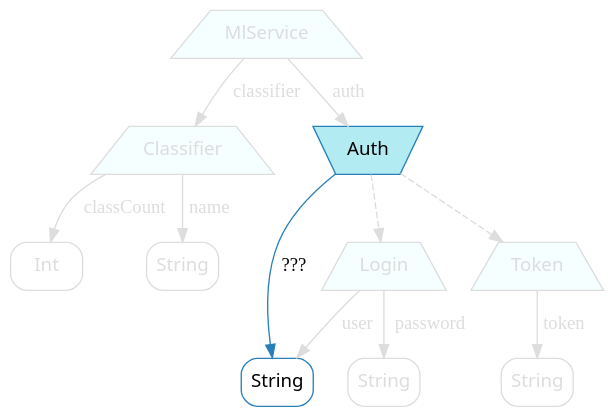
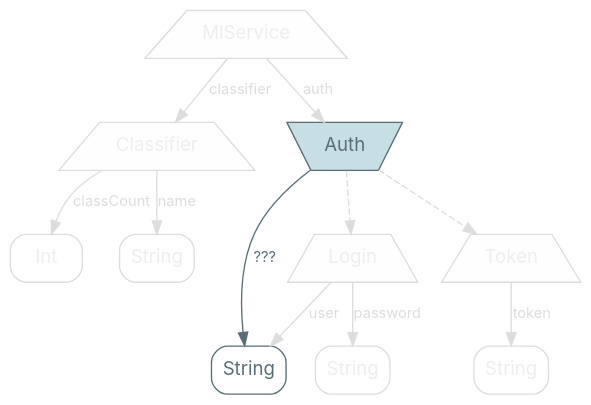
The diagram in src/graphviz/auth-user.dot (nrinaudo/optics-from-the-ground-up), drawn with Graphviz before and after one commit. The commit also changed 67 other files, not shown here.

```diff
--- a/src/graphviz/auth-user.dot
+++ b/src/graphviz/auth-user.dot
@@ -1,49 +1,43 @@
 digraph {
     bgcolor=transparent
 
     // Default theme
-    node[shape="rectangle" style="rounded,filled" color="#dddddd" fontname="Segoe UI,Roboto,Helvetica,Arial,sans-serif" fillcolor="#ffffff" fontcolor="#dddddd"]
-    edge [color="#dddddd" fontcolor="#dddddd"]
+    node[shape="rectangle" style="rounded,filled" color="#586E75" fillcolor="#ffffff" fontcolor="#586E75" fontname="Inter,Arial"]
+    edge[color="#586E75" fontcolor="#586E75" fontname="Inter,Arial" fontsize=11]
 
     // product types
-    mlService, classifier, login, token [shape=trapezium style=filled fillcolor="#f5ffff"]
+    mlService, classifier, login, token [shape=trapezium style=filled fillcolor="#C8DEE5"]
 
     // sum types
-    auth[shape=invtrapezium, style=filled fillcolor="#f5ffff"]
+    auth[shape=invtrapezium, style=filled fillcolor="#C8DEE5"]
 
-    // Lit nodes
-    auth, login_user [color="#2980B9", fontcolor="#000000"]
-    auth [fillcolor="#b2ebf2"]
+    mlService[label=MlService color="#dddddd" fontcolor="#eeeeee" fillcolor="#fefefe"]
 
-
-    mlService[label=MlService]
-
-    classifier[label=Classifier]
-    classifier_name[label=String shape=box]
-    classifier_classCount[label=Int shape=box]
+    classifier[label=Classifier color="#dddddd" fontcolor="#eeeeee" fillcolor="#fefefe"]
+    classifier_name[label=String shape=box color="#dddddd" fontcolor="#eeeeee"]
+    classifier_classCount[label=Int shape=box color="#dddddd" fontcolor="#eeeeee"]
 
     auth[label=Auth]
 
-    login[label=Login]
+    login[label=Login color="#dddddd" fontcolor="#eeeeee" fillcolor="#fefefe"]
     login_user[label=String shape=box]
-    login_password[label=String shape=box]
+    login_password[label=String shape=box color="#dddddd" fontcolor="#eeeeee"]
 
-    token[label=Token]
-    token_token[label=String shape=box]
+    token[label=Token color="#dddddd" fontcolor="#eeeeee" fillcolor="#fefefe"]
+    token_token[label=String shape=box color="#dddddd" fontcolor="#eeeeee"]
 
-    mlService -> classifier [label=classifier]
-    mlService -> auth [label=auth]
+    mlService -> classifier[label=classifier color="#dddddd" fontcolor="#dddddd"]
+    mlService -> auth[label=auth color="#dddddd" fontcolor="#dddddd"]
 
-    classifier -> classifier_name [label=name]
-    classifier -> classifier_classCount [label=classCount]
+    classifier -> classifier_name[label=name color="#dddddd" fontcolor="#dddddd"]
+    classifier -> classifier_classCount[label=classCount color="#dddddd" fontcolor="#dddddd"]
 
-    token -> token_token [label=token]
+    token -> token_token[label=token color="#dddddd" fontcolor="#dddddd"]
 
-    login -> login_user [label=user]
-    login -> login_password [label=password]
+    login -> login_user[label=user color="#dddddd" fontcolor="#dddddd"]
+    login -> login_password[label=password color="#dddddd" fontcolor="#dddddd"]
 
-    auth -> token[style=dashed]
-    auth -> login[style=dashed]
-
-    auth -> login_user[label="???" color="#2980B9" fontcolor="#000000"]
+    auth -> token[style=dashed color="#dddddd" fontcolor="#dddddd"]
+    auth -> login[style=dashed color="#dddddd" fontcolor="#dddddd"]
+    auth -> login_user[label="???"]
 }
```
